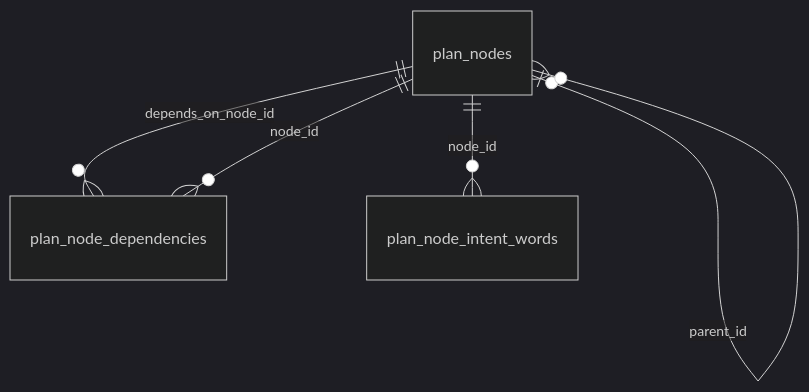
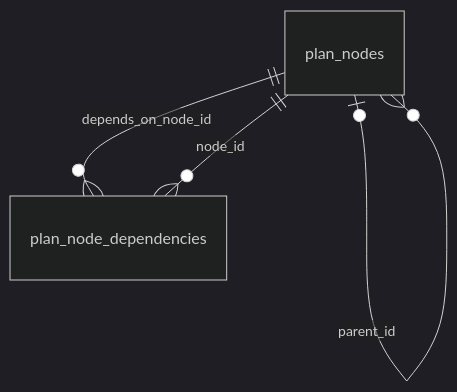
The fourth of 5 diagrams in docs/reference/data-model/plans.md (cebertowicz/corsia), drawn with Mermaid (dark theme) before and after one commit. The commit also changed other lines of this file and 2 other files, not shown here.

````diff
--- a/docs/reference/data-model/plans.md
+++ b/docs/reference/data-model/plans.md
@@ -37,10 +37,9 @@
 ```mermaid
 erDiagram
     plan_nodes ||--o{ plan_node_dependencies : depends_on_node_id
     plan_nodes ||--o{ plan_node_dependencies : node_id
-    plan_nodes ||--o{ plan_node_intent_words : node_id
     plan_nodes ||--o{ plan_nodes : commitment_id
     plan_nodes o|--o{ plan_nodes : follow_up_of
     plan_nodes o|--o{ plan_nodes : intent_node_id
     plan_nodes o|--o{ plan_nodes : parent_id
 ```
````
